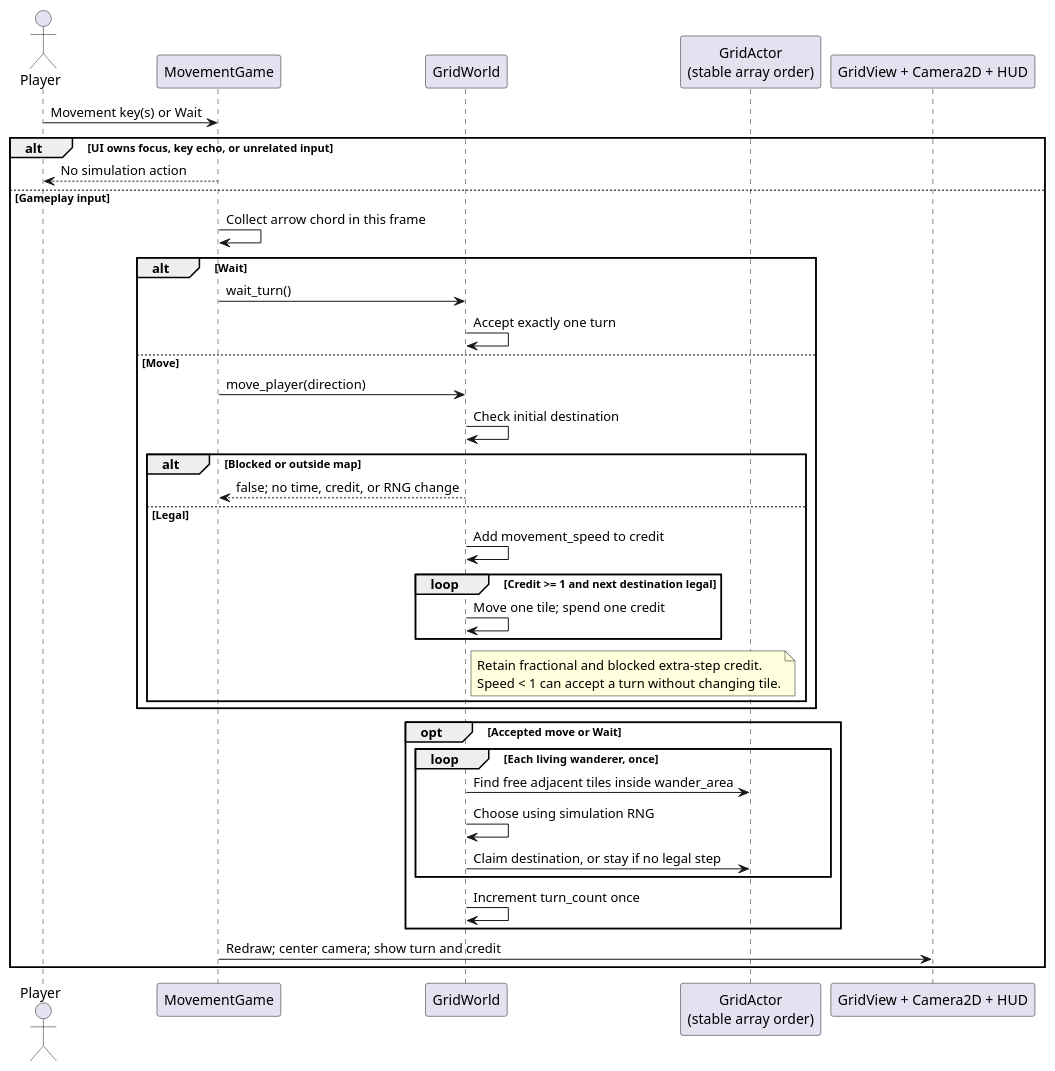
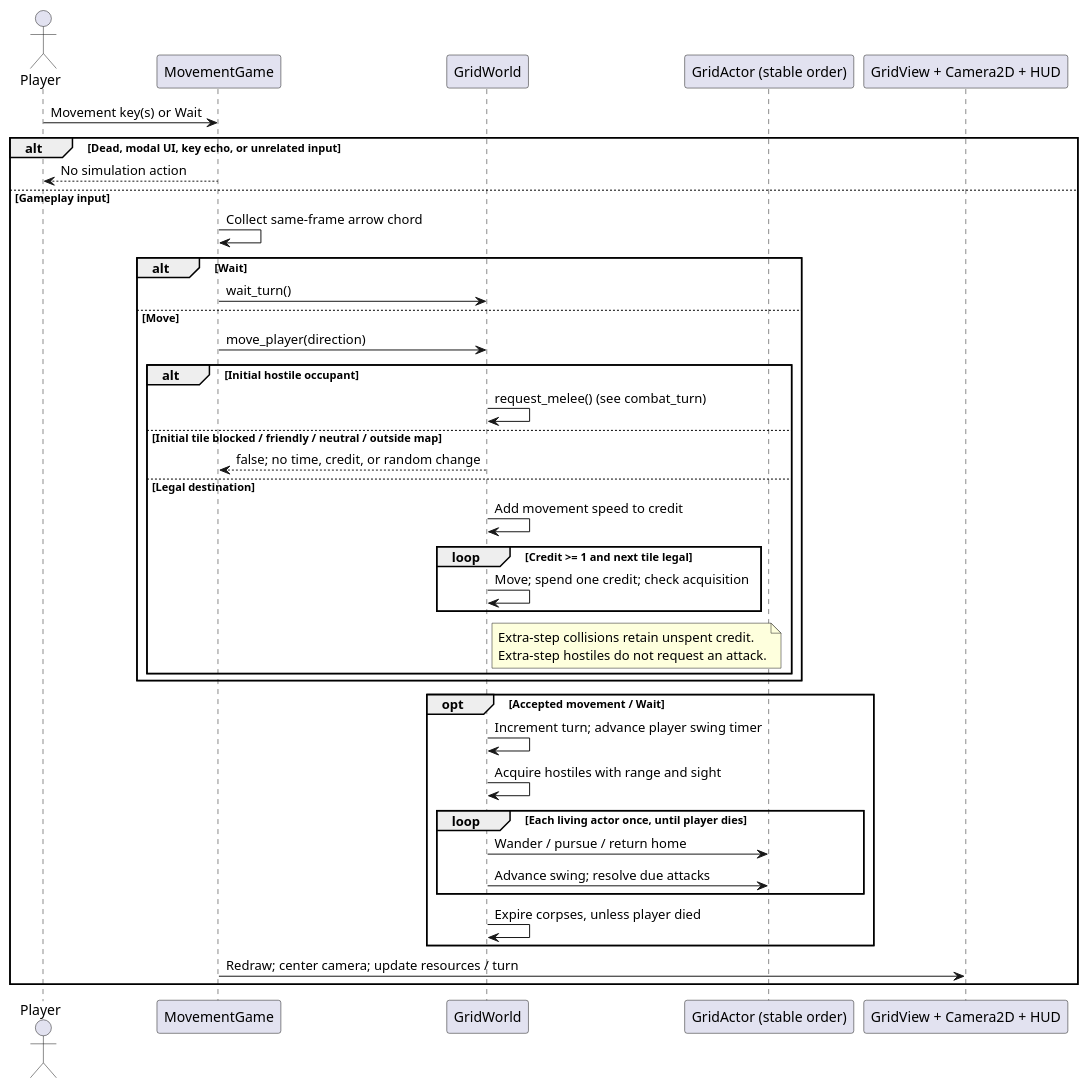
The diagram in docs/architecture/sequences/movement_turn.puml (VHonzik/Ostinato), drawn with PlantUML before and after one commit. The commit also changed 34 other files, not shown here.

Commit message:
Implement milestone 3 melee combat and NPC pursuit

```diff
--- a/docs/architecture/sequences/movement_turn.puml
+++ b/docs/architecture/sequences/movement_turn.puml
@@ -1,44 +1,45 @@
 @startuml
 !pragma layout smetana
 skinparam shadowing false
 actor Player
 participant MovementGame as Game
 participant GridWorld as World
-participant "GridActor\n(stable array order)" as NPC
+participant "GridActor (stable order)" as NPC
 participant "GridView + Camera2D + HUD" as View
 
 Player -> Game : Movement key(s) or Wait
-alt UI owns focus, key echo, or unrelated input
+alt Dead, modal UI, key echo, or unrelated input
   Game --> Player : No simulation action
 else Gameplay input
-  Game -> Game : Collect arrow chord in this frame
+  Game -> Game : Collect same-frame arrow chord
   alt Wait
     Game -> World : wait_turn()
-    World -> World : Accept exactly one turn
   else Move
     Game -> World : move_player(direction)
-    World -> World : Check initial destination
-    alt Blocked or outside map
-      World --> Game : false; no time, credit, or RNG change
-    else Legal
-      World -> World : Add movement_speed to credit
-      loop Credit >= 1 and next destination legal
-        World -> World : Move one tile; spend one credit
+    alt Initial hostile occupant
+      World -> World : request_melee() (see combat_turn)
+    else Initial tile blocked / friendly / neutral / outside map
+      World --> Game : false; no time, credit, or random change
+    else Legal destination
+      World -> World : Add movement speed to credit
+      loop Credit >= 1 and next tile legal
+        World -> World : Move; spend one credit; check acquisition
       end
       note right of World
-        Retain fractional and blocked extra-step credit.
-        Speed < 1 can accept a turn without changing tile.
+        Extra-step collisions retain unspent credit.
+        Extra-step hostiles do not request an attack.
       end note
     end
   end
-  opt Accepted move or Wait
-    loop Each living wanderer, once
-      World -> NPC : Find free adjacent tiles inside wander_area
-      World -> World : Choose using simulation RNG
-      World -> NPC : Claim destination, or stay if no legal step
+  opt Accepted movement / Wait
+    World -> World : Increment turn; advance player swing timer
+    World -> World : Acquire hostiles with range and sight
+    loop Each living actor once, until player dies
+      World -> NPC : Wander / pursue / return home
+      World -> NPC : Advance swing; resolve due attacks
     end
-    World -> World : Increment turn_count once
+    World -> World : Expire corpses, unless player died
   end
-  Game -> View : Redraw; center camera; show turn and credit
+  Game -> View : Redraw; center camera; update resources / turn
 end
 @enduml
```
